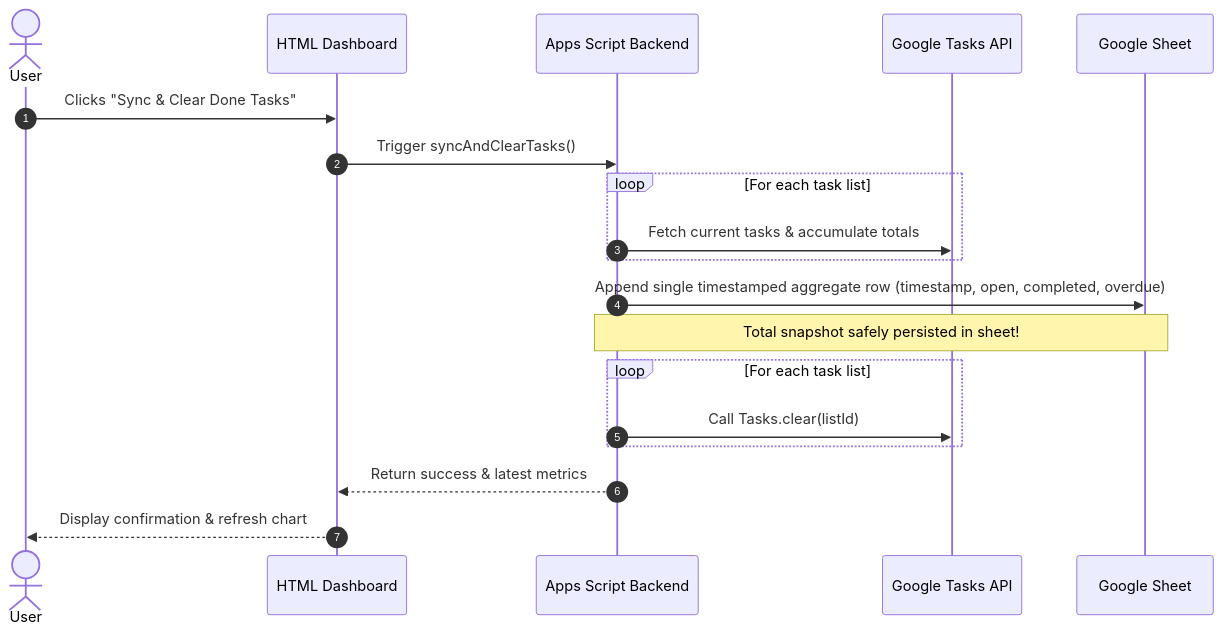
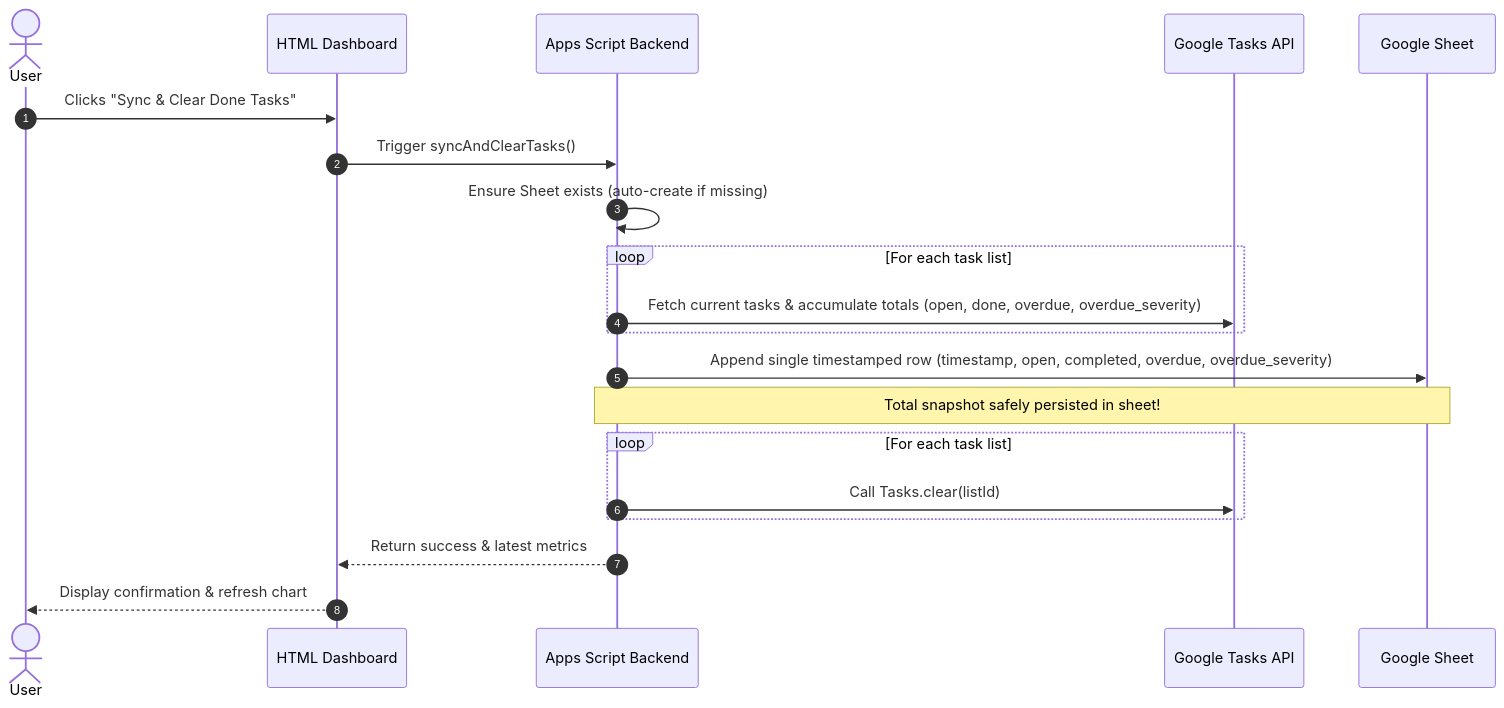
One commit to 0x6d64/google-apps-scripts changed the diagram in google-task-dashboard/docs/google-task-dasb-requirements.md. Above: the diagram before and after it, drawn with Mermaid. The commit also changed other lines of this file, not shown here.

````diff
--- a/google-task-dashboard/docs/google-task-dasb-requirements.md
+++ b/google-task-dashboard/docs/google-task-dasb-requirements.md
@@ -62,22 +80,23 @@
 ```mermaid
 sequenceDiagram
     autonumber
     actor User
     participant Frontend as HTML Dashboard
     participant AppsScript as Apps Script Backend
     participant TasksAPI as Google Tasks API
     participant Sheet as Google Sheet
 
     User->>Frontend: Clicks "Sync & Clear Done Tasks"
     Frontend->>AppsScript: Trigger syncAndClearTasks()
+    AppsScript->>AppsScript: Ensure Sheet exists (auto-create if missing)
     loop For each task list
-        AppsScript->>TasksAPI: Fetch current tasks & accumulate totals
+        AppsScript->>TasksAPI: Fetch current tasks & accumulate totals (open, done, overdue, overdue_severity)
     end
-    AppsScript->>Sheet: Append single timestamped aggregate row (timestamp, open, completed, overdue)
+    AppsScript->>Sheet: Append single timestamped row (timestamp, open, completed, overdue, overdue_severity)
     Note over AppsScript,Sheet: Total snapshot safely persisted in sheet!
     loop For each task list
         AppsScript->>TasksAPI: Call Tasks.clear(listId)
     end
     AppsScript-->>Frontend: Return success & latest metrics
     Frontend-->>User: Display confirmation & refresh chart
 ```
````
